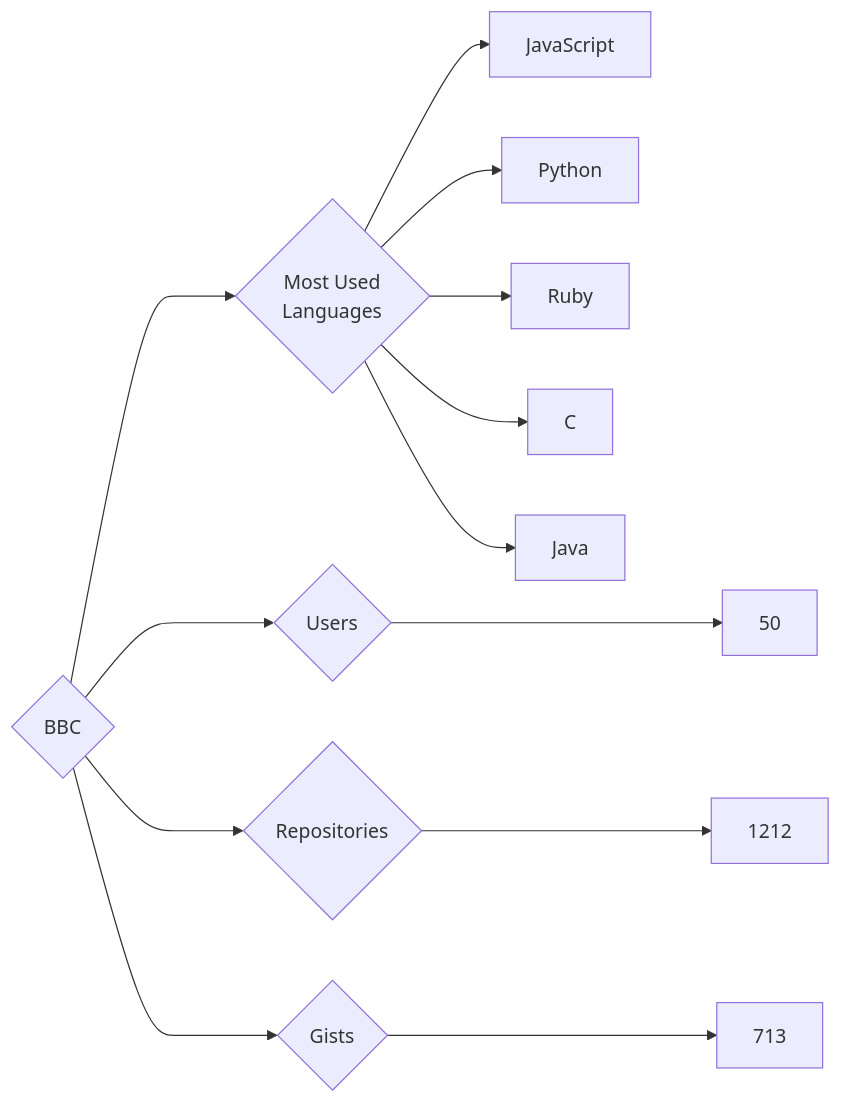
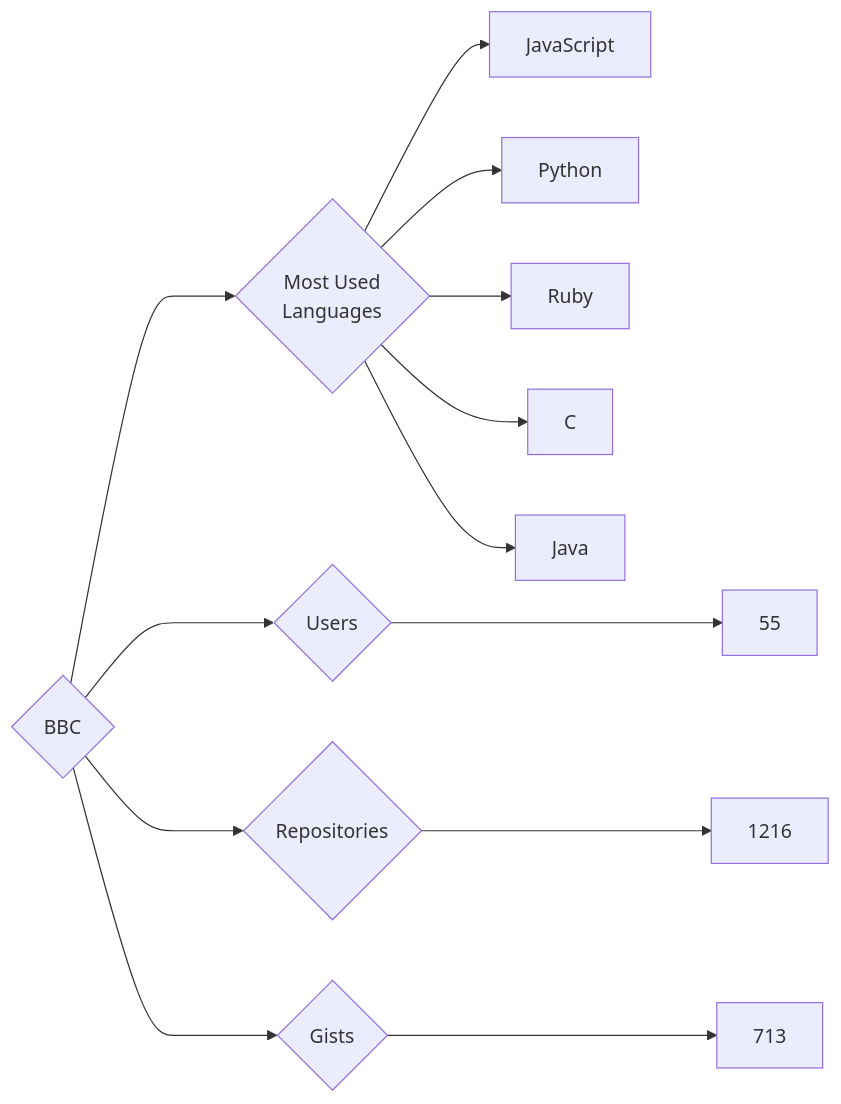
The diagram in targets/BBC/README.md (trickest/insiders), drawn with Mermaid before and after one commit. The commit also changed 718 other files, not shown here.

````diff
--- a/targets/BBC/README.md
+++ b/targets/BBC/README.md
@@ -3,13 +3,13 @@
 ```mermaid
 graph LR
 COMPANY_NAME{BBC}
-COMPANY_NAME ---> U{Users} ---> UN[50]
-COMPANY_NAME ---> R{Repositories} ---> RN[1212]
+COMPANY_NAME ---> U{Users} ---> UN[55]
+COMPANY_NAME ---> R{Repositories} ---> RN[1216]
 COMPANY_NAME ---> G{Gists} ---> GN[713]
 COMPANY_NAME ---> ML{Most Used<br>Languages}
 ML --> JavaScript[JavaScript]
 ML --> Python[Python]
 ML --> Ruby[Ruby]
 ML --> C[C]
 ML --> Java[Java]
 ```
````
